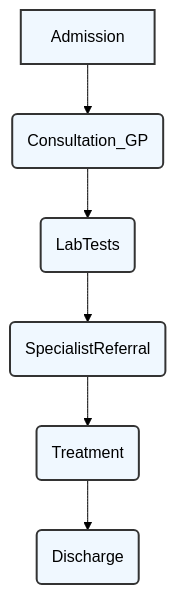
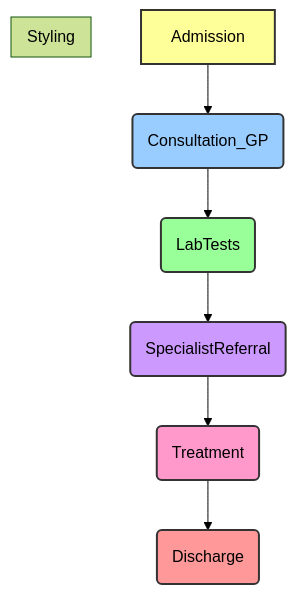
The third of 5 diagrams in docs/3_advanced_tutorial.md (ikko/sym), drawn with Mermaid (forest theme) before and after one commit. The commit also changed other lines of this file and 6 other files, not shown here.

````diff
--- a/docs/3_advanced_tutorial.md
+++ b/docs/3_advanced_tutorial.md
@@ -129,15 +133,17 @@
 ```mermaid
 graph TD
     Adm[Admission] --> GP(Consultation_GP)
     GP --> LT(LabTests)
     LT --> SR(SpecialistReferral)
     SR --> T(Treatment)
     T --> Dis(Discharge)
 
-    style Adm fill:#F0F8FF,stroke:#333,stroke-width:2px,color:#000000
-    style GP fill:#F0F8FF,stroke:#333,stroke-width:2px,color:#000000
-    style LT fill:#F0F8FF,stroke:#333,stroke-width:2px,color:#000000
-    style SR fill:#F0F8FF,stroke:#333,stroke-width:2px,color:#000000
-    style T fill:#F0F8FF,stroke:#333,stroke-width:2px,color:#000000
-    style Dis fill:#F0F8FF,stroke:#333,stroke-width:2px,color:#000000
+    subgraph "Styling"
+        style Adm fill:#ff9,stroke:#333,stroke-width:2px
+        style GP fill:#9cf,stroke:#333,stroke-width:2px
+        style LT fill:#9f9,stroke:#333,stroke-width:2px
+        style SR fill:#c9f,stroke:#333,stroke-width:2px
+        style T fill:#f9c,stroke:#333,stroke-width:2px
+        style Dis fill:#f99,stroke:#333,stroke-width:2px
+    end
 ```
````
